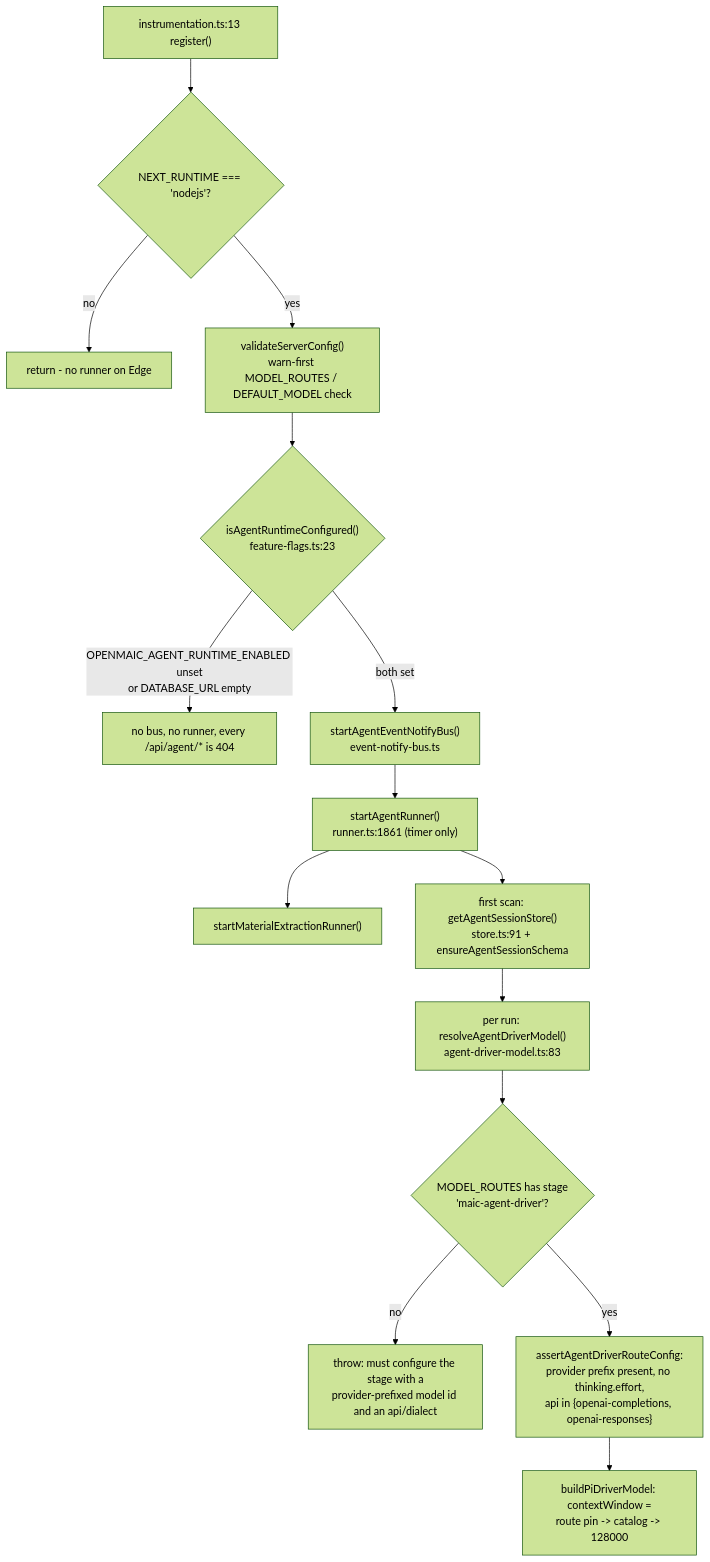
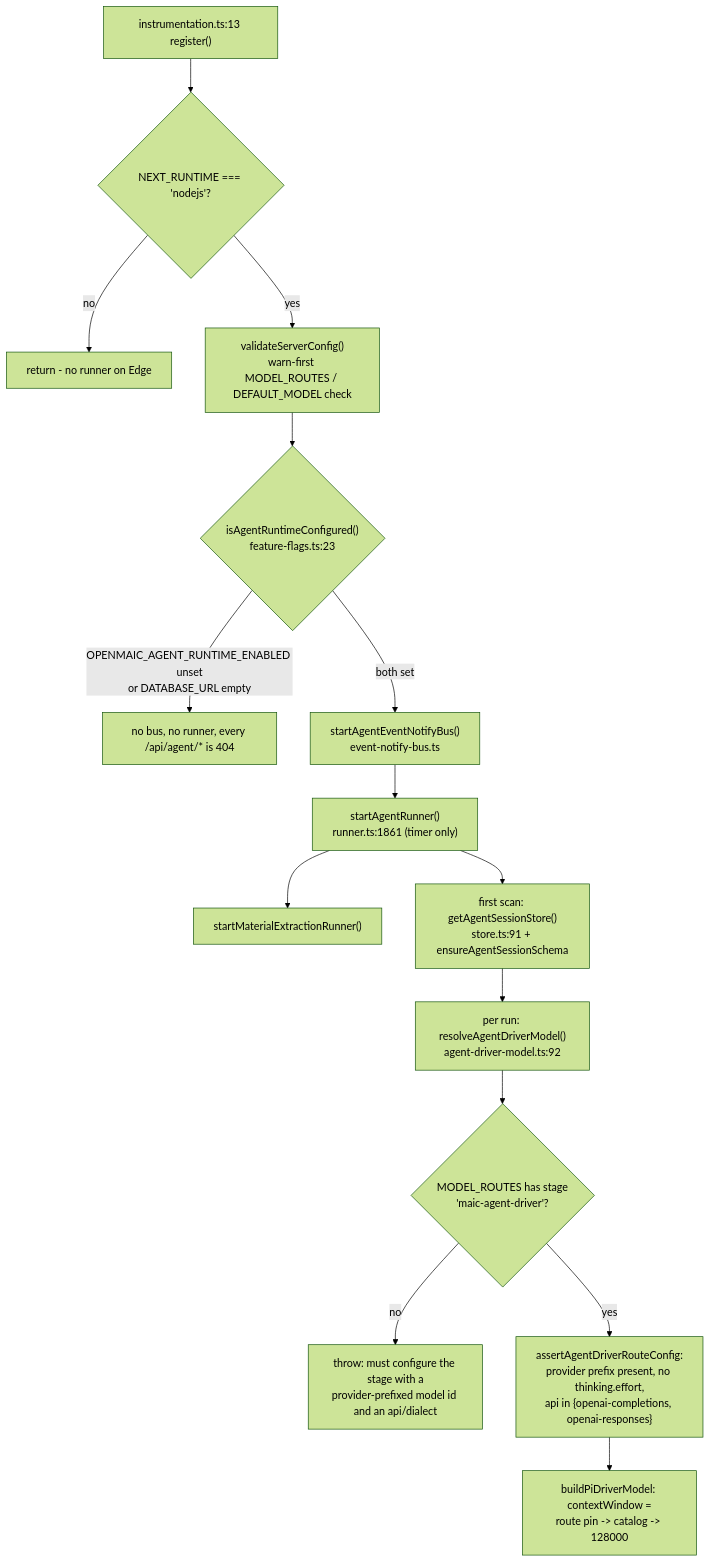
One commit to cajias/OpenMAIC changed the first of 2 diagrams in docs/appendix/research/agent-runtime/04-dependencies-and-config.md. Above: the diagram before and after it, drawn with Mermaid (forest theme). The commit also changed other lines of this file and 14 other files, not shown here.

````diff
--- a/docs/appendix/research/agent-runtime/04-dependencies-and-config.md
+++ b/docs/appendix/research/agent-runtime/04-dependencies-and-config.md
@@ -38,33 +38,33 @@
 ```mermaid
 flowchart TD
   BOOT["instrumentation.ts:13 register()"]
   EDGE{"NEXT_RUNTIME === 'nodejs'?"}
   SKIP["return - no runner on Edge"]
   VAL["validateServerConfig()<br/>warn-first MODEL_ROUTES / DEFAULT_MODEL check"]
   FLAG{"isAgentRuntimeConfigured()<br/>feature-flags.ts:23"}
   OFF["no bus, no runner, every /api/agent/* is 404"]
   BUS["startAgentEventNotifyBus()<br/>event-notify-bus.ts"]
   RUN["startAgentRunner()<br/>runner.ts:1861 (timer only)"]
   EXT["startMaterialExtractionRunner()"]
   LAZY["first scan: getAgentSessionStore()<br/>store.ts:91 + ensureAgentSessionSchema"]
-  DRV["per run: resolveAgentDriverModel()<br/>agent-driver-model.ts:83"]
+  DRV["per run: resolveAgentDriverModel()<br/>agent-driver-model.ts:92"]
   ROUTE{"MODEL_ROUTES has stage<br/>'maic-agent-driver'?"}
   THROW["throw: must configure the stage with a<br/>provider-prefixed model id and an api/dialect"]
   CHECKS["assertAgentDriverRouteConfig:<br/>provider prefix present, no thinking.effort,<br/>api in {openai-completions, openai-responses}"]
   PIM["buildPiDriverModel: contextWindow =<br/>route pin -> catalog -> 128000"]
 
   BOOT --> EDGE
   EDGE -->|no| SKIP
   EDGE -->|yes| VAL
   VAL --> FLAG
   FLAG -->|"OPENMAIC_AGENT_RUNTIME_ENABLED unset<br/>or DATABASE_URL empty"| OFF
   FLAG -->|both set| BUS
   BUS --> RUN
   RUN --> EXT
   RUN --> LAZY
   LAZY --> DRV
   DRV --> ROUTE
   ROUTE -->|no| THROW
   ROUTE -->|yes| CHECKS
   CHECKS --> PIM
 ```
````
